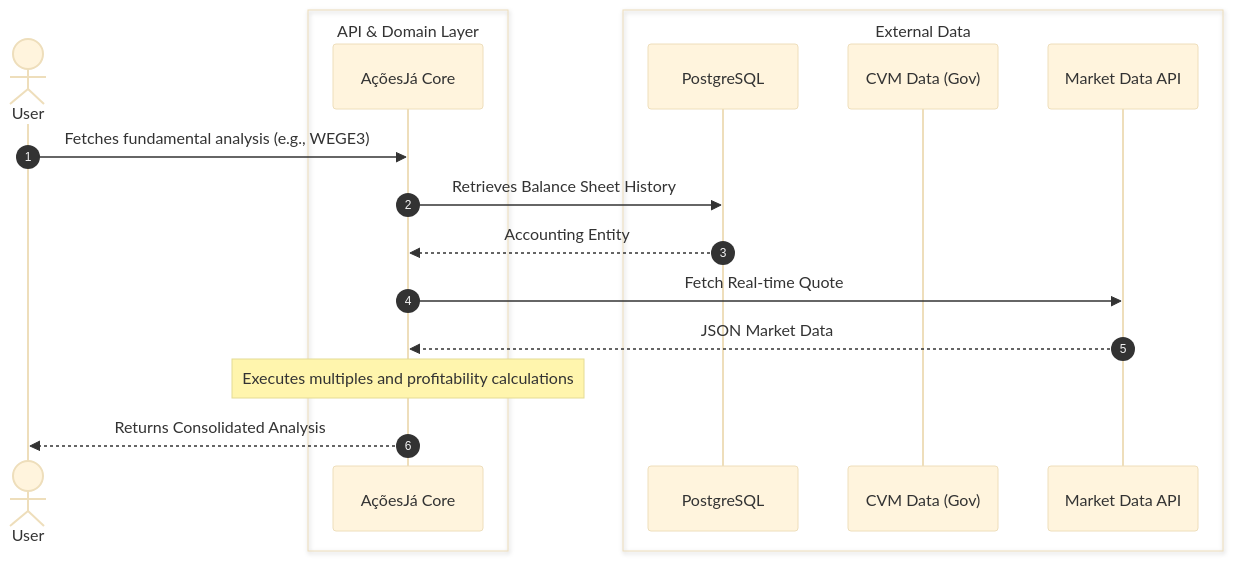
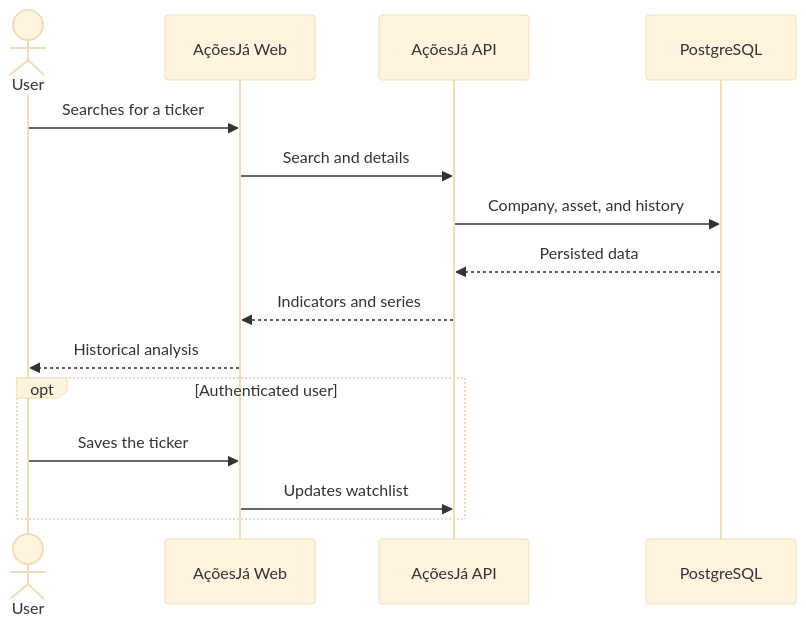
The second of 2 diagrams in README-en.md (RaphaelFeijoSalles/acoes-ja-showcase), drawn with Mermaid (base theme) before and after one commit. The commit also changed other lines of this file and 10 other files, not shown here.

````diff
--- a/README-en.md
+++ b/README-en.md
@@ -93,22 +181,18 @@
 ```mermaid
 sequenceDiagram
-    autonumber
-    actor User
-    box API & Domain Layer
-        participant App as AçõesJá Core
+    actor Person as User
+    participant Web as AçõesJá Web
+    participant API as AçõesJá API
+    participant DB as PostgreSQL
+
+    Person->>Web: Searches for a ticker
+    Web->>API: Search and details
+    API->>DB: Company, asset, and history
+    DB-->>API: Persisted data
+    API-->>Web: Indicators and series
+    Web-->>Person: Historical analysis
+    opt Authenticated user
+        Person->>Web: Saves the ticker
+        Web->>API: Updates watchlist
     end
-    box External Data
-        participant DB as PostgreSQL
-        participant CVM as CVM Data (Gov)
-        participant B3 as Market Data API
-    end
-
-    User->>App: Fetches fundamental analysis (e.g., WEGE3)
-    App->>DB: Retrieves Balance Sheet History
-    DB-->>App: Accounting Entity
-    App->>B3: Fetch Real-time Quote
-    B3-->>App: JSON Market Data
-    Note over App: Executes multiples and profitability calculations
-    App-->>User: Returns Consolidated Analysis
-
 ```
````
